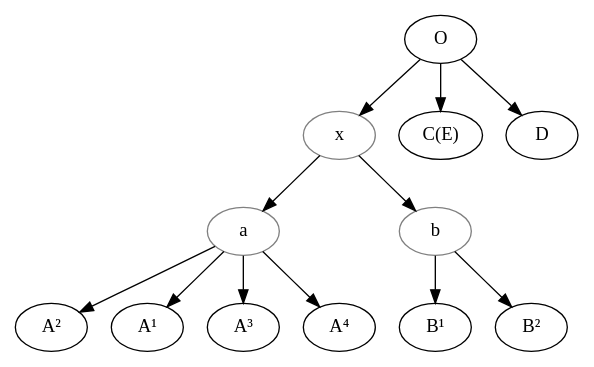
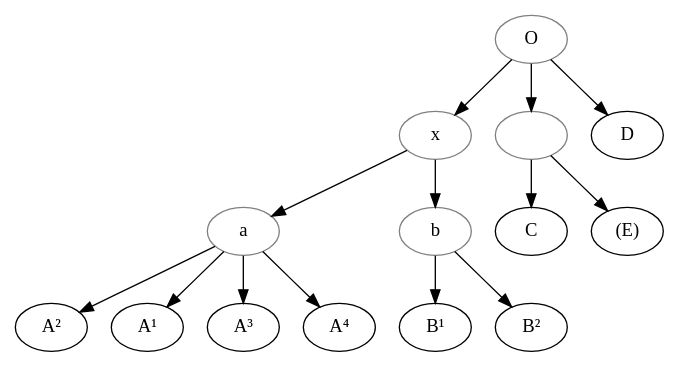
The diagram in data/fro/Tyssens_1967_Guillaume/stemma.gv (OpenStemmata/database), drawn with Graphviz before and after one commit.

```diff
--- a/data/fro/Tyssens_1967_Guillaume/stemma.gv
+++ b/data/fro/Tyssens_1967_Guillaume/stemma.gv
@@ -1,26 +1,31 @@
 digraph {
 
+    O[color="grey"];
     x[color="grey"];
     a[color="grey"]; 
     b[color="grey"];
-    c[label="C(E)"];
-    d[label="A²"];
-    e[label="A¹"];
-    f[label="A³"];
-    g[label="A⁴"];
-    h[label="B¹"];
-    i[label="B²"];    
+    r[label="", color="grey"];
+    C[label="C"];
+    E[label="(E)"]
+    A2[label="A²"];
+    A1[label="A¹"];
+    A3[label="A³"];
+    A4[label="A⁴"];
+    B1[label="B¹"];
+    B2[label="B²"];    
 
     O -> x;
-    O-> c;
+    O-> r;
+    r->C;
+    r->E;
     O -> D;
     x -> a;
     x -> b;
-    b -> h;
-    b -> i;
-    a -> d;
-    a -> e;
-    a -> f;
-    a -> g;
+    b -> B1;
+    b -> B2;
+    a -> A1;
+    a -> A2;
+    a -> A3;
+    a -> A4;
 
 }
```
